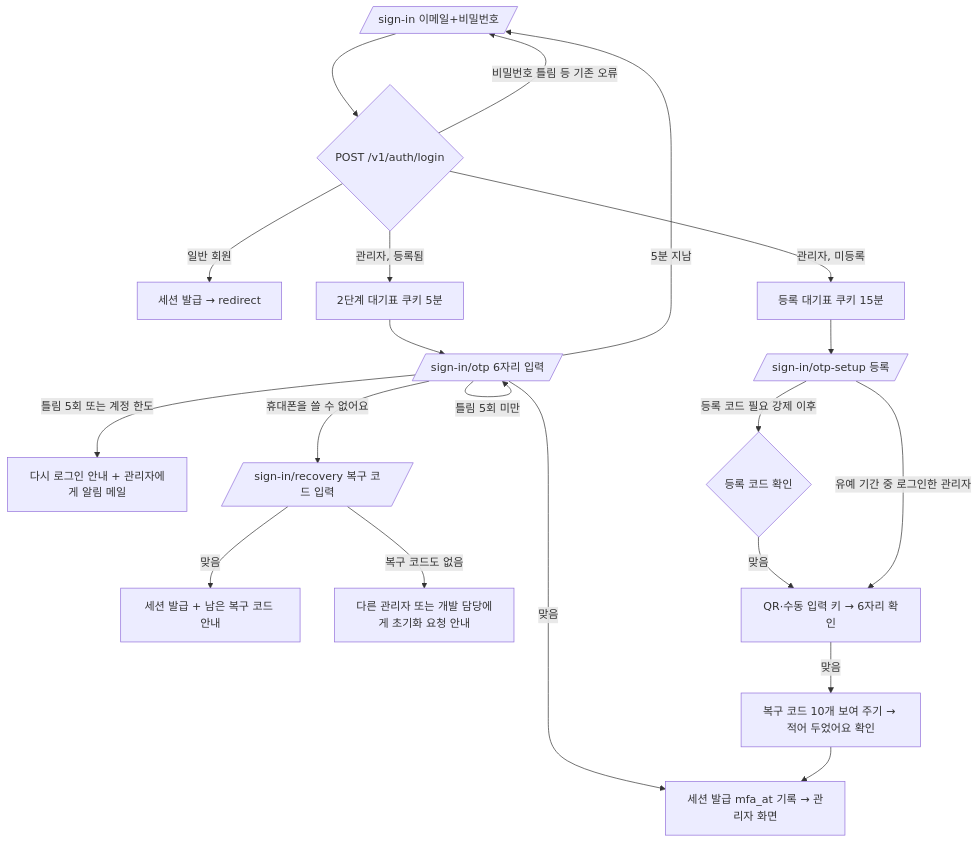
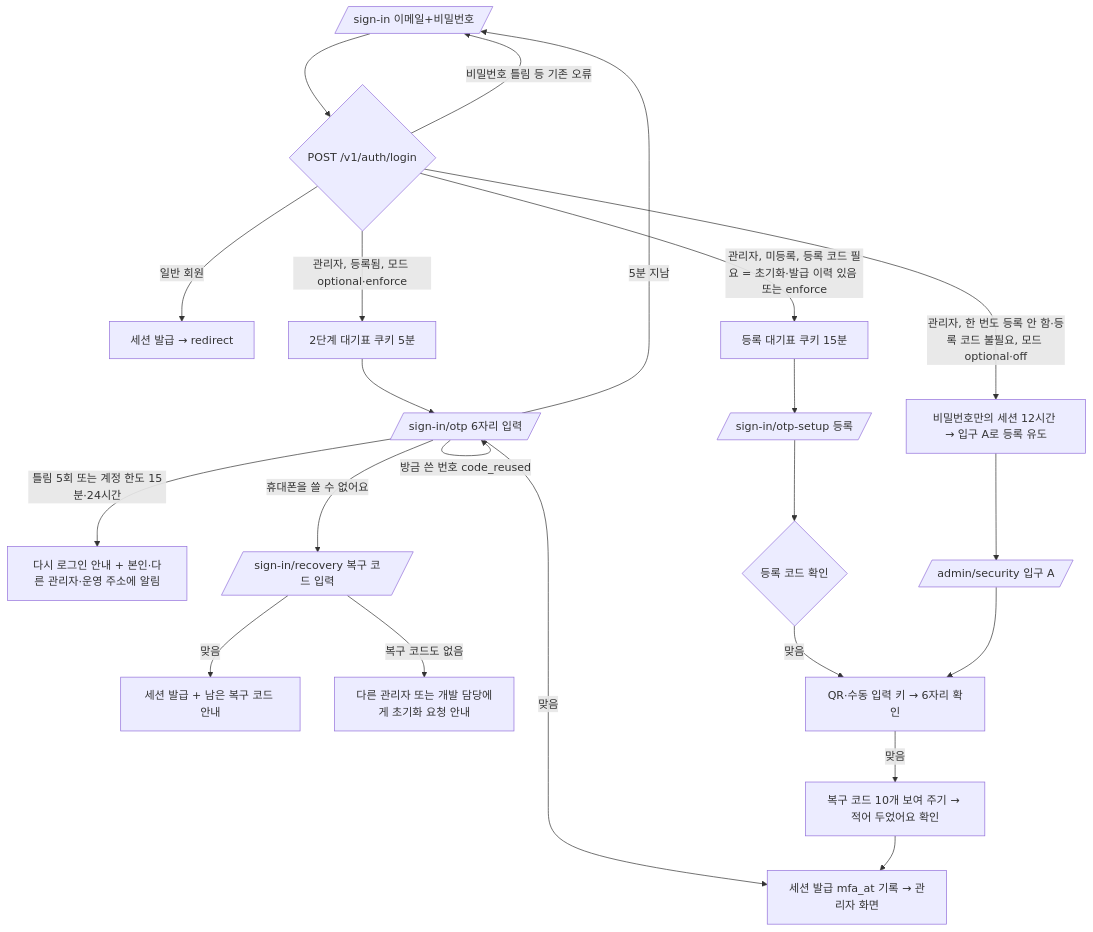
The second of 2 diagrams in docs/02-design/features/bara-edu-lms.admin-totp.md (ConradChoi/bara-edu), drawn with Mermaid before and after one commit. The commit also changed other lines of this file and 1 other file, not shown here.

Commit message:
docs: 관리자 2단계 인증 기획서에 보안 점검·남은 질문 반영(구현 준비)

````diff
--- a/docs/02-design/features/bara-edu-lms.admin-totp.md
+++ b/docs/02-design/features/bara-edu-lms.admin-totp.md
@@ -78,22 +81,25 @@
 ```mermaid
 flowchart TD
   L[/sign-in 이메일+비밀번호/] --> P{POST /v1/auth/login}
   P -->|비밀번호 틀림 등 기존 오류| L
   P -->|일반 회원| S[세션 발급 → redirect]
-  P -->|관리자, 등록됨| C1[2단계 대기표 쿠키 5분]
-  P -->|관리자, 미등록| C2[등록 대기표 쿠키 15분]
+  P -->|관리자, 등록됨, 모드 optional·enforce| C1[2단계 대기표 쿠키 5분]
+  P -->|관리자, 미등록, 등록 코드 필요 = 초기화·발급 이력 있음 또는 enforce| C2[등록 대기표 쿠키 15분]
+  P -->|관리자, 한 번도 등록 안 함·등록 코드 불필요, 모드 optional·off| S0[비밀번호만의 세션 12시간 → 입구 A로 등록 유도]
   C1 --> O[/sign-in/otp 6자리 입력/]
   O -->|맞음| S2[세션 발급 mfa_at 기록 → 관리자 화면]
   O -->|틀림 5회 미만| O
-  O -->|틀림 5회 또는 계정 한도| X[다시 로그인 안내 + 관리자에게 알림 메일]
+  O -->|방금 쓴 번호 code_reused| O
+  O -->|틀림 5회 또는 계정 한도 15분·24시간| X[다시 로그인 안내 + 본인·다른 관리자·운영 주소에 알림]
   O -->|휴대폰을 쓸 수 없어요| R[/sign-in/recovery 복구 코드 입력/]
   R -->|맞음| S3[세션 발급 + 남은 복구 코드 안내]
   R -->|복구 코드도 없음| H[다른 관리자 또는 개발 담당에게 초기화 요청 안내]
   O -->|5분 지남| L
   C2 --> E[/sign-in/otp-setup 등록/]
-  E -->|등록 코드 필요 강제 이후| T{등록 코드 확인}
+  E --> T{등록 코드 확인}
   T -->|맞음| Q[QR·수동 입력 키 → 6자리 확인]
-  E -->|유예 기간 중 로그인한 관리자| Q
+  S0 --> A[/admin/security 입구 A/]
+  A --> Q
   Q -->|맞음| RC[복구 코드 10개 보여 주기 → 적어 두었어요 확인]
   RC --> S2
 ```
````
